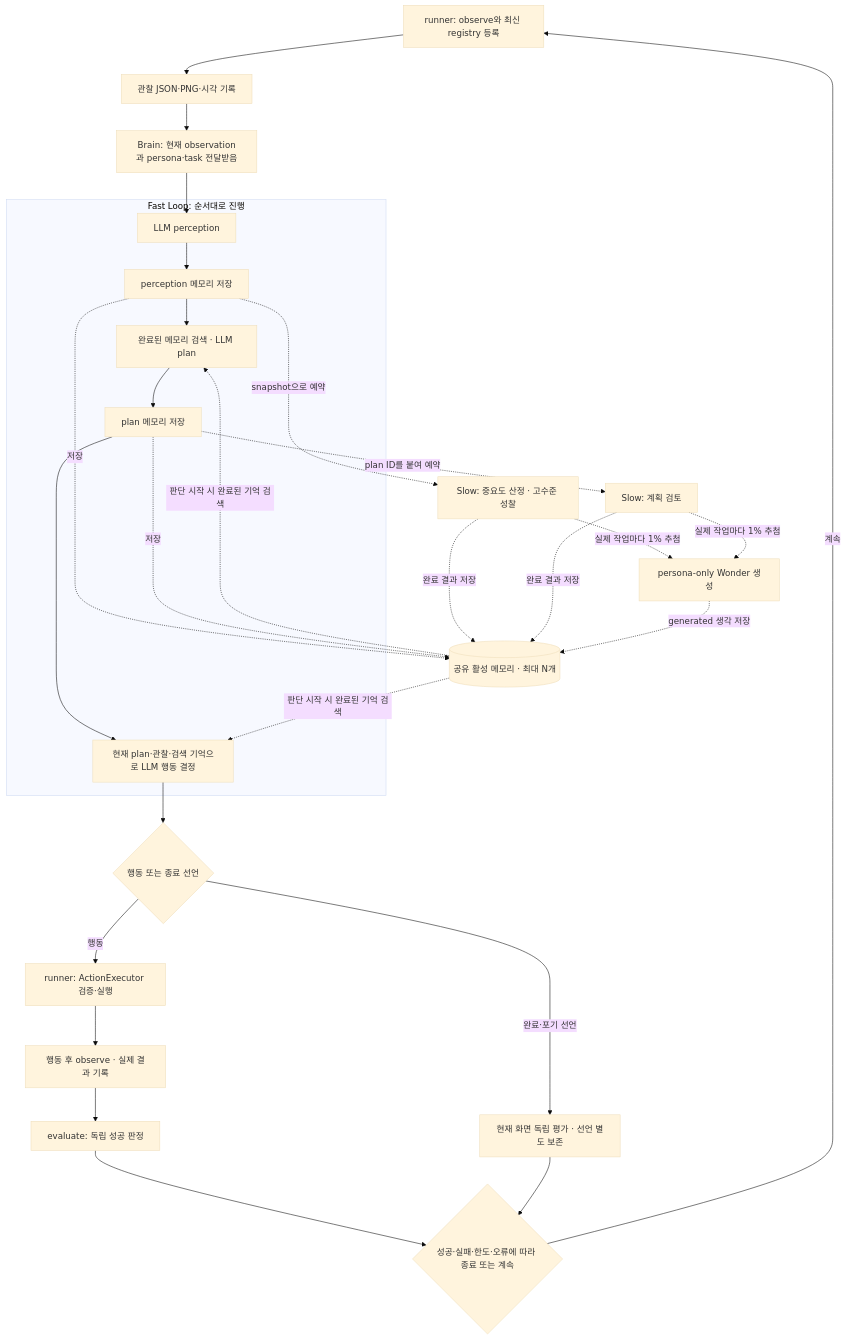
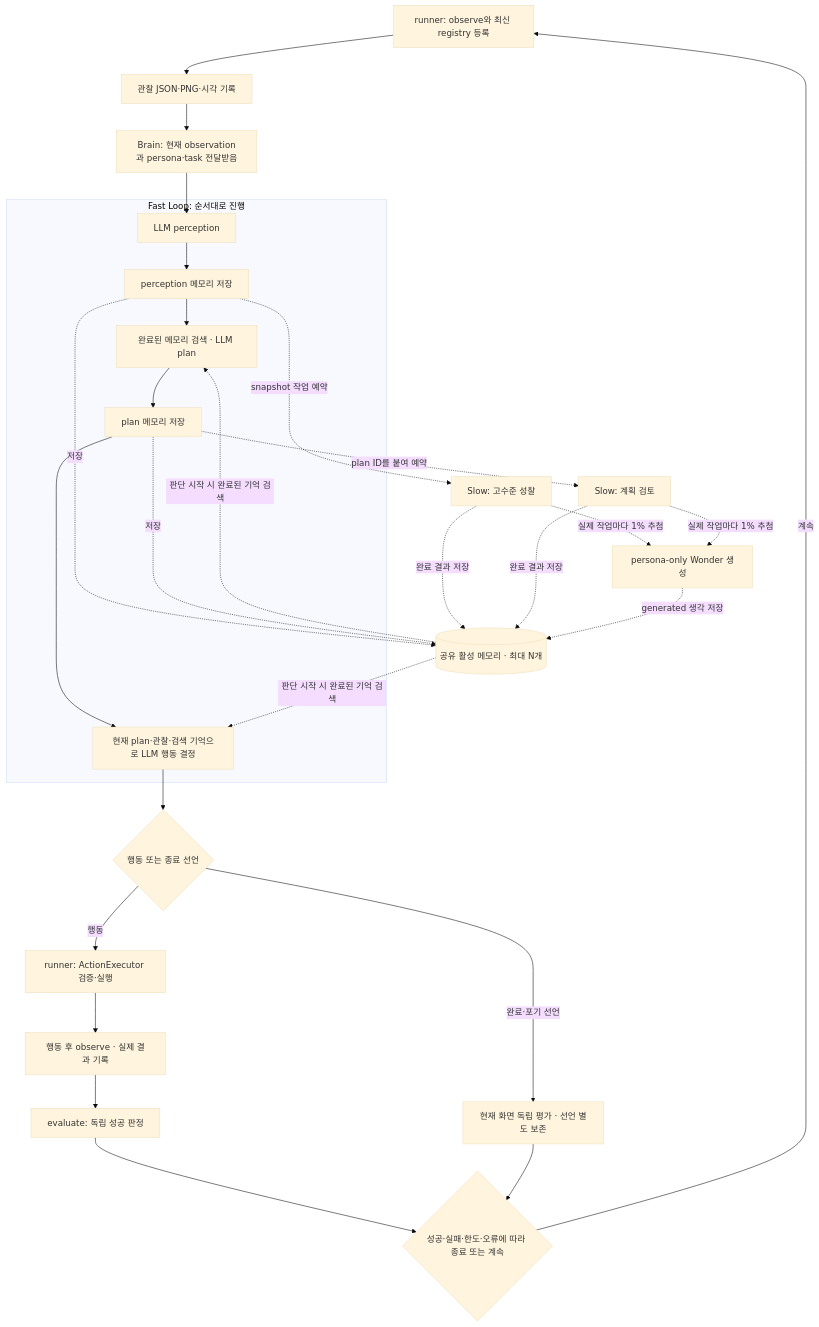
Before and after one commit to 2026-2-1/Persona: the diagram in docs/plans/2026-10-14-brain-two-loops.md, drawn with Mermaid (base theme). The commit also changed other lines of this file and 16 other files, not shown here.

````diff
--- a/docs/plans/2026-10-14-brain-two-loops.md
+++ b/docs/plans/2026-10-14-brain-two-loops.md
@@ -59,31 +59,31 @@
 ```mermaid
 flowchart TD
     O[runner: observe와 최신 registry 등록] --> E[관찰 JSON·PNG·시각 기록]
     E --> B[Brain: 현재 observation과 persona·task 전달받음]
     subgraph FAST[Fast Loop: 순서대로 진행]
         P[LLM perception] --> PM[perception 메모리 저장]
         PM --> PL[완료된 메모리 검색 · LLM plan]
         PL --> PLM[plan 메모리 저장]
         PLM --> D[현재 plan·관찰·검색 기억으로 LLM 행동 결정]
     end
     B --> P
-    PM -. snapshot으로 예약 .-> R[Slow: 중요도 산정 · 고수준 성찰]
+    PM -. snapshot 작업 예약 .-> R[Slow: 고수준 성찰]
     PLM -. plan ID를 붙여 예약 .-> V[Slow: 계획 검토]
     R -. 완료 결과 저장 .-> M[(공유 활성 메모리 · 최대 N개)]
     V -. 완료 결과 저장 .-> M
     R -. 실제 작업마다 1% 추첨 .-> W[persona-only Wonder 생성]
     V -. 실제 작업마다 1% 추첨 .-> W
     W -. generated 생각 저장 .-> M
     PM -. 저장 .-> M
     PLM -. 저장 .-> M
     M -. 판단 시작 시 완료된 기억 검색 .-> PL
     M -. 판단 시작 시 완료된 기억 검색 .-> D
     D --> F{행동 또는 종료 선언}
     F -->|행동| X[runner: ActionExecutor 검증·실행]
     X --> O2[행동 후 observe · 실제 결과 기록]
     O2 --> EV[evaluate: 독립 성공 판정]
     F -->|완료·포기 선언| EC[현재 화면 독립 평가 · 선언 별도 보존]
     EV --> END{성공·실패·한도·오류에 따라 종료 또는 계속}
     EC --> END
     END -->|계속| O
 ```
````
